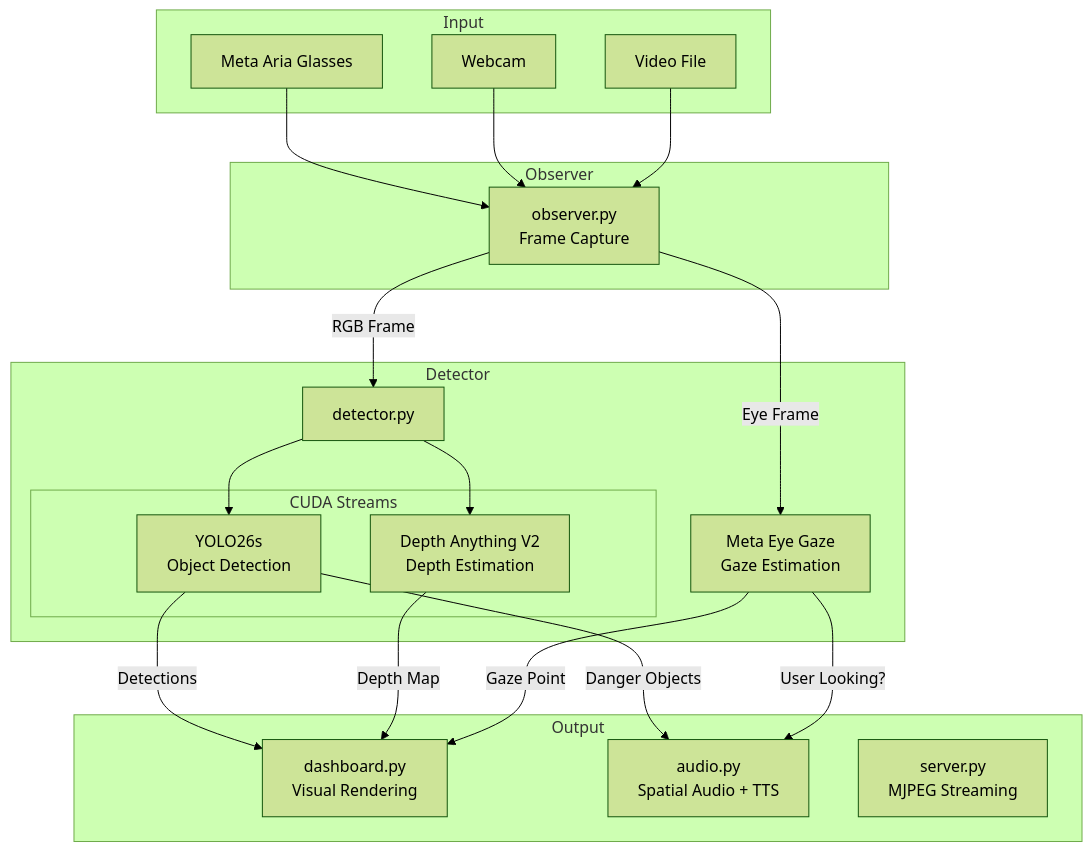
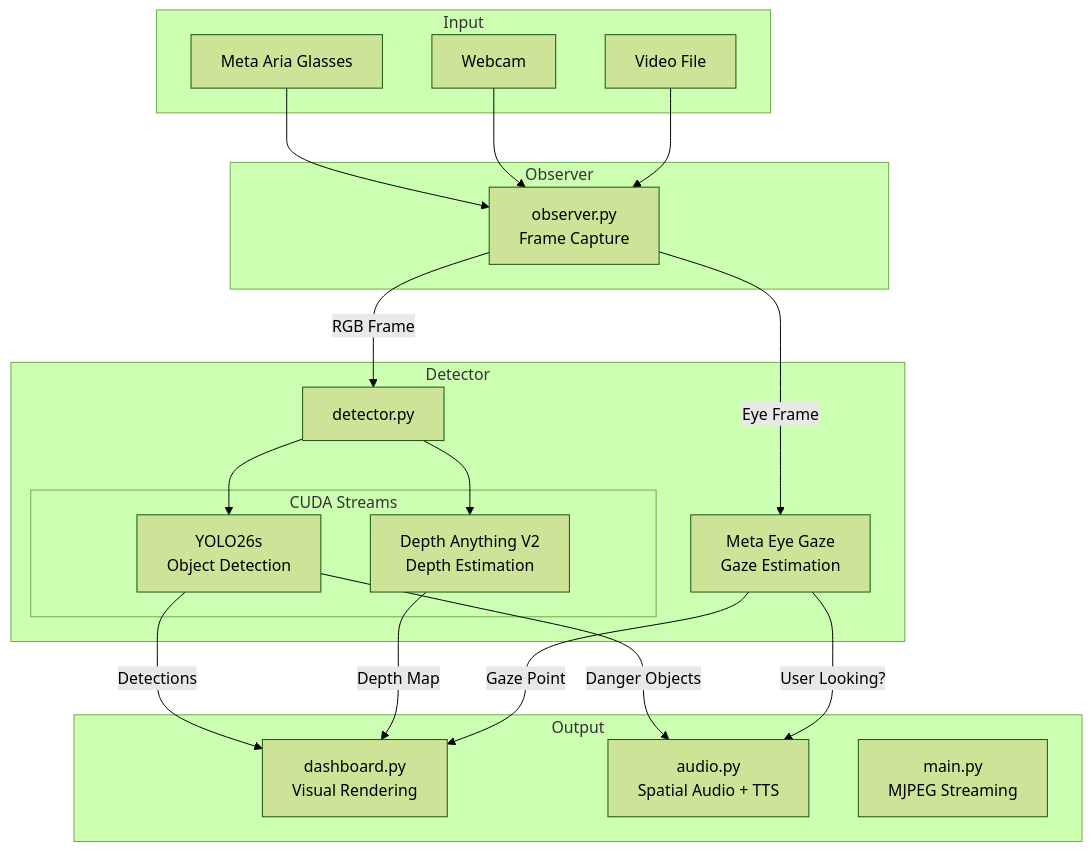
The first of 6 diagrams in README.md (robertteleng/aria-demo), drawn with Mermaid (forest theme) before and after one commit. The commit also changed other lines of this file and 3 other files, not shown here.

First line of the commit message:
refactor: consolidate demo.py and server.py into main.py

````diff
--- a/README.md
+++ b/README.md
@@ -16,44 +16,44 @@
 ```mermaid
 graph TB
     subgraph Input
         ARIA[Meta Aria Glasses]
         WEB[Webcam]
         VID[Video File]
     end
 
     subgraph Observer
         OBS[observer.py<br/>Frame Capture]
     end
 
     subgraph Detector
         DET[detector.py]
         subgraph CUDA Streams
             YOLO[YOLO26s<br/>Object Detection]
             DEPTH[Depth Anything V2<br/>Depth Estimation]
         end
         GAZE[Meta Eye Gaze<br/>Gaze Estimation]
     end
 
     subgraph Output
         DASH[dashboard.py<br/>Visual Rendering]
         AUD[audio.py<br/>Spatial Audio + TTS]
-        SRV[server.py<br/>MJPEG Streaming]
+        SRV[main.py<br/>MJPEG Streaming]
     end
 
     ARIA --> OBS
     WEB --> OBS
     VID --> OBS
 
     OBS -->|RGB Frame| DET
     OBS -->|Eye Frame| GAZE
 
     DET --> YOLO
     DET --> DEPTH
 
     YOLO -->|Detections| DASH
     DEPTH -->|Depth Map| DASH
     GAZE -->|Gaze Point| DASH
 
     YOLO -->|Danger Objects| AUD
     GAZE -->|User Looking?| AUD
 ```
````
